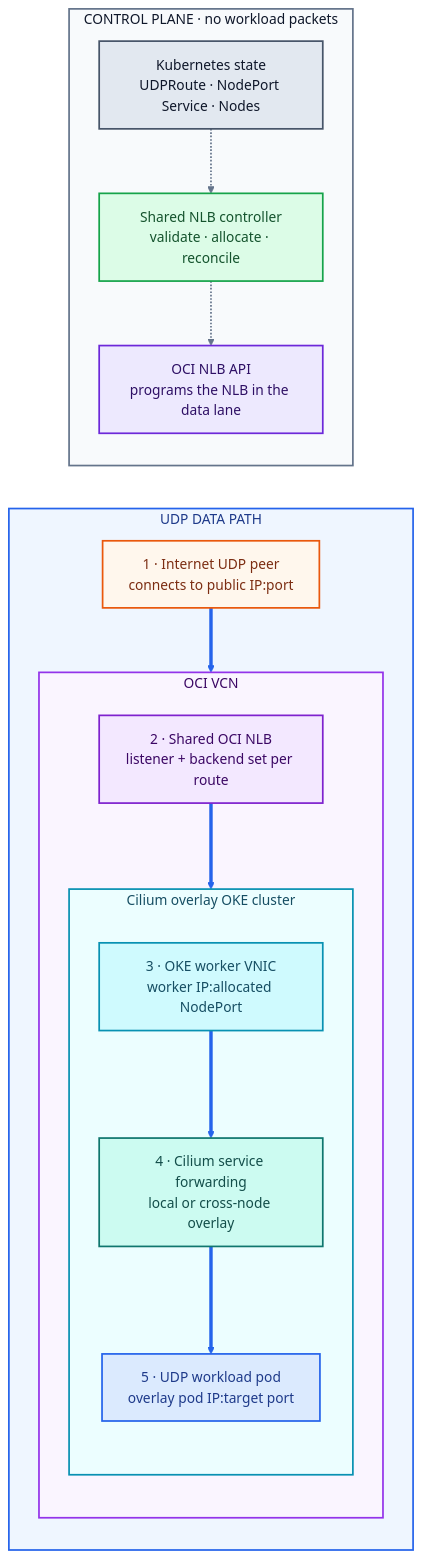
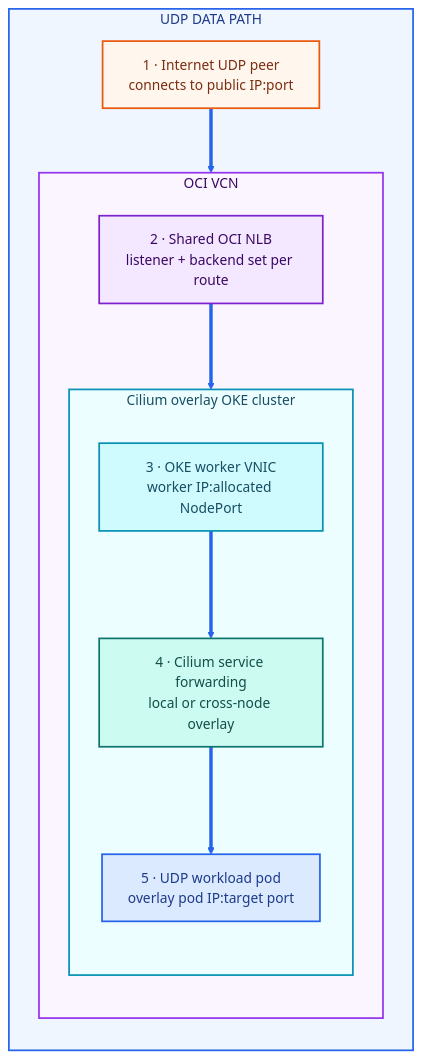
The second of 3 diagrams in README.md (RyanHelferich/oci-shared-nlb-gateway-controller), drawn with Mermaid before and after one commit. The commit also changed other lines of this file, not shown here.

Commit message:
Simplify README packet path diagrams

````diff
--- a/README.md
+++ b/README.md
@@ -87,49 +72,34 @@
 ```mermaid
-flowchart LR
+flowchart TB
   subgraph dataplane["UDP DATA PATH"]
     direction TB
     peer["1 · Internet UDP peer<br/>connects to public IP:port"]:::external
 
     subgraph vcn["OCI VCN"]
       direction TB
       nlb["2 · Shared OCI NLB<br/>listener + backend set per route"]:::oci
 
       subgraph oke["Cilium overlay OKE cluster"]
         direction TB
         worker["3 · OKE worker VNIC<br/>worker IP:allocated NodePort"]:::worker
         cilium["4 · Cilium service forwarding<br/>local or cross-node overlay"]:::network
         pod["5 · UDP workload pod<br/>overlay pod IP:target port"]:::workload
       end
     end
 
     peer ==> nlb
     nlb ==> worker
     worker ==> cilium
     cilium ==> pod
   end
 
-  subgraph control["CONTROL PLANE · no workload packets"]
-    direction TB
-    desired["Kubernetes state<br/>UDPRoute · NodePort Service · Nodes"]:::k8s
-    ctl["Shared NLB controller<br/>validate · allocate · reconcile"]:::controller
-    ociapi["OCI NLB API<br/>programs the NLB in the data lane"]:::ociapi
-
-    desired -.-> ctl
-    ctl -.-> ociapi
-  end
-
   classDef external fill:#fff7ed,stroke:#ea580c,color:#7c2d12,stroke-width:2px;
   classDef oci fill:#f3e8ff,stroke:#7e22ce,color:#3b0764,stroke-width:2px;
-  classDef ociapi fill:#ede9fe,stroke:#6d28d9,color:#2e1065,stroke-width:2px;
-  classDef k8s fill:#e2e8f0,stroke:#475569,color:#0f172a,stroke-width:2px;
-  classDef controller fill:#dcfce7,stroke:#16a34a,color:#14532d,stroke-width:2px;
   classDef worker fill:#cffafe,stroke:#0891b2,color:#164e63,stroke-width:2px;
   classDef network fill:#ccfbf1,stroke:#0f766e,color:#134e4a,stroke-width:2px;
   classDef workload fill:#dbeafe,stroke:#2563eb,color:#1e3a8a,stroke-width:2px;
   style dataplane fill:#eff6ff,stroke:#2563eb,stroke-width:2px,color:#1e3a8a
   style vcn fill:#faf5ff,stroke:#9333ea,stroke-width:2px,color:#3b0764
   style oke fill:#ecfeff,stroke:#0891b2,stroke-width:2px,color:#164e63
-  style control fill:#f8fafc,stroke:#64748b,stroke-width:2px,color:#0f172a
   linkStyle 0,1,2,3 stroke:#2563eb,stroke-width:4px;
-  linkStyle 4,5 stroke:#64748b,stroke-width:2px;
 ```
````
